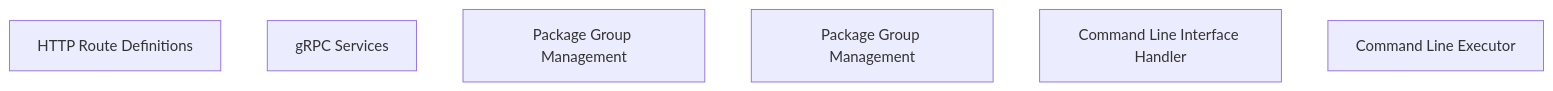
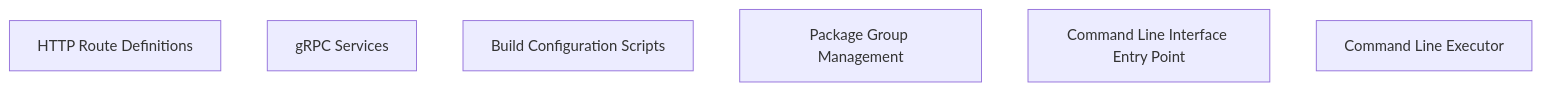
Before and after one commit to opn-arch/architecture-model-standard: the diagram in .architecture-models/docs/se/functional-analysis.md, drawn with Mermaid. The commit also changed other lines of this file and 161 other files, not shown here.

````diff
--- a/.architecture-models/docs/se/functional-analysis.md
+++ b/.architecture-models/docs/se/functional-analysis.md
@@ -34,9 +30,9 @@
 ```mermaid
 graph TD
     CAP-1["HTTP Route Definitions"]
     CAP-2["gRPC Services"]
-    CAP-3["Package Group Management"]
+    CAP-3["Build Configuration Scripts"]
     CAP-4["Package Group Management"]
-    CAP-5["Command Line Interface Handler"]
+    CAP-5["Command Line Interface Entry Point"]
     CAP-6["Command Line Executor"]
 ```
````
